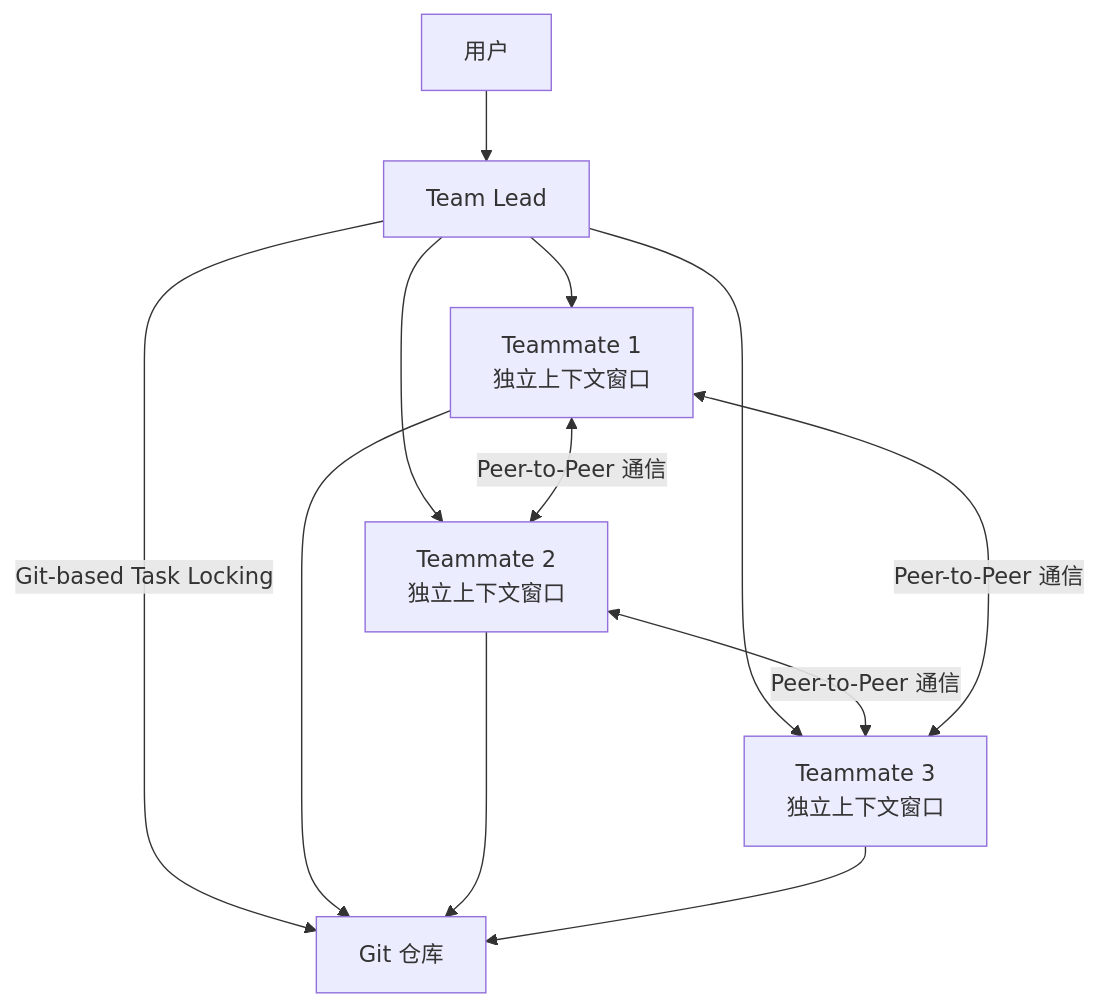
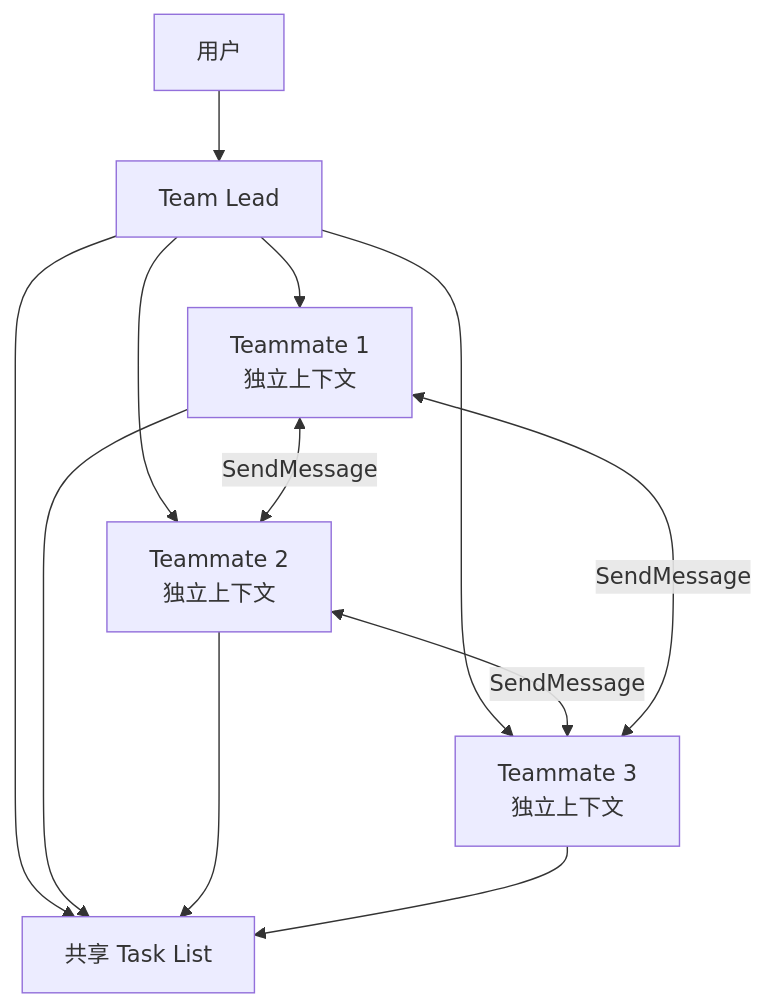
One commit to is-molly/molly changed the diagram in src/AI/Agent/ClaudeCode/第19章 AgentTeams.md. Above: the diagram before and after it, drawn with Mermaid. The commit also changed other lines of this file and 29 other files, not shown here.

````diff
--- a/src/AI/Agent/ClaudeCode/第19章 AgentTeams.md
+++ b/src/AI/Agent/ClaudeCode/第19章 AgentTeams.md
@@ -31,14 +31,14 @@
 ```mermaid
 graph TD
     U[用户] --> L[Team Lead]
-    L --> T1[Teammate 1<br/>独立上下文窗口]
-    L --> T2[Teammate 2<br/>独立上下文窗口]
-    L --> T3[Teammate 3<br/>独立上下文窗口]
-    T1 <-->|Peer-to-Peer 通信| T2
-    T2 <-->|Peer-to-Peer 通信| T3
-    T1 <-->|Peer-to-Peer 通信| T3
-    L -->|Git-based Task Locking| G[Git 仓库]
-    T1 --> G
-    T2 --> G
-    T3 --> G
+    L --> T1[Teammate 1<br/>独立上下文]
+    L --> T2[Teammate 2<br/>独立上下文]
+    L --> T3[Teammate 3<br/>独立上下文]
+    T1 <-->|SendMessage| T2
+    T2 <-->|SendMessage| T3
+    T1 <-->|SendMessage| T3
+    L --> TL[共享 Task List]
+    T1 --> TL
+    T2 --> TL
+    T3 --> TL
 ```
````
